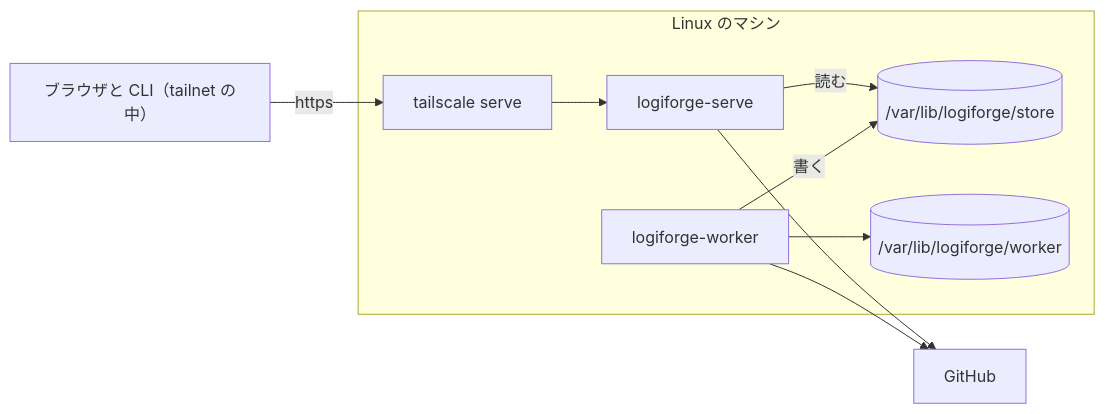
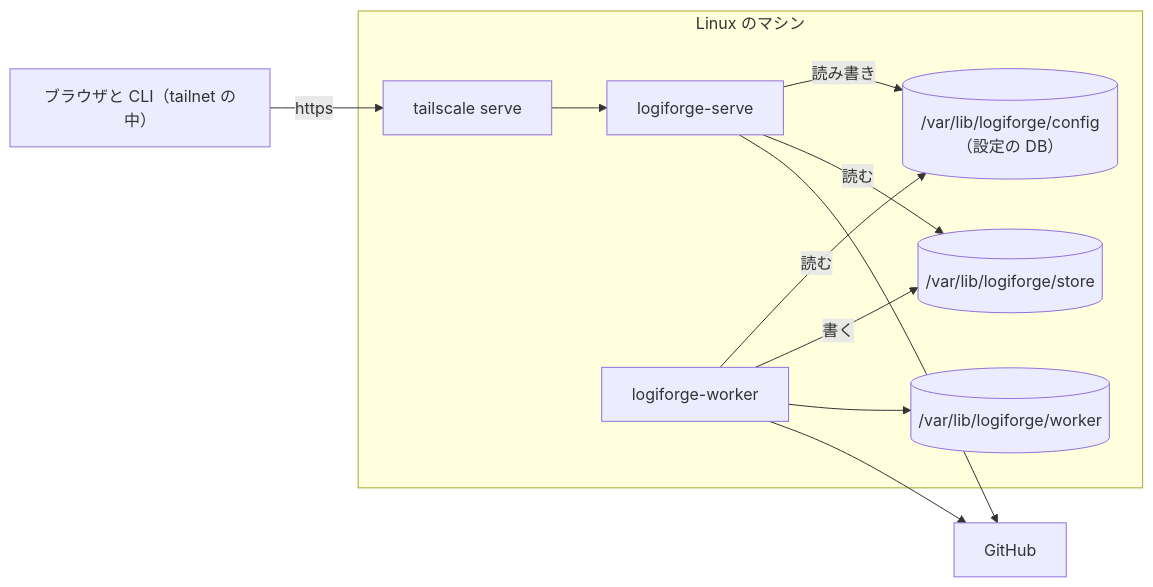
One commit to yamambainc/logiforge changed the diagram in docs/adoption/linux-host/README.md. Above: the diagram before and after it, drawn with Mermaid. The commit also changed other lines of this file and 13 other files, not shown here.

````diff
--- a/docs/adoption/linux-host/README.md
+++ b/docs/adoption/linux-host/README.md
@@ -11,18 +11,21 @@
 ```mermaid
 flowchart LR
   B["ブラウザと CLI（tailnet の中）"]
   subgraph H["Linux のマシン"]
     TS["tailscale serve"]
     S["logiforge-serve"]
     W["logiforge-worker"]
     ST[("/var/lib/logiforge/store")]
     WD[("/var/lib/logiforge/worker")]
+    DB[("/var/lib/logiforge/config（設定の DB）")]
   end
   GH["GitHub"]
   B -->|https| TS --> S
+  S -->|読み書き| DB
+  W -->|読む| DB
   S -->|読む| ST
   W -->|書く| ST
   W --> WD
   S --> GH
   W --> GH
 ```
````
